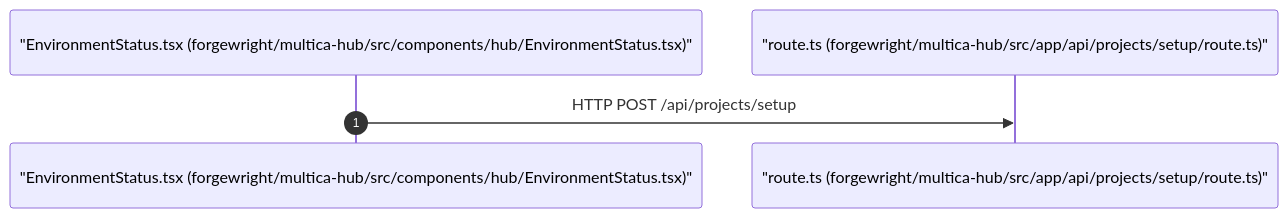
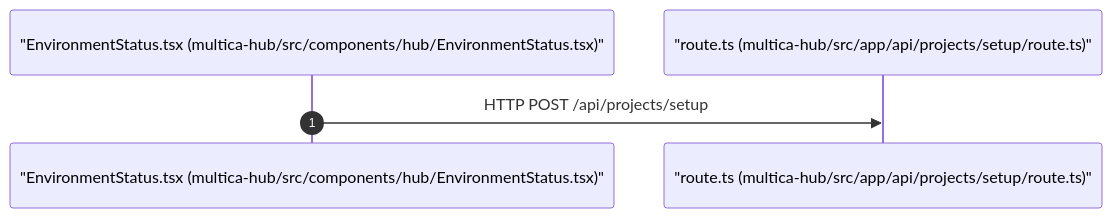
One commit to buiphucminhtam/forgewright changed the diagram in docs/architecture/flows/POST-_api_projects_setup.md. Above: the diagram before and after it, drawn with Mermaid. The commit also changed other lines of this file and 2 other files, not shown here.

Commit message:
fix(mcp): handle unresolved IDE template variables in workspace detection
Antigravity and other non-Cursor IDEs pass literal ${workspaceFolder}
without resolving it, causing ENOENT crash on process.chdir().

Added _isResolvedPath() guard that detects unresolved ${...} template
variables via regex. When detected, the server logs a warning and falls
back to cwd-based detection instead of crashing.

Fixes: ENOENT: no such file or directory, chdir '.../'

````diff
--- a/docs/architecture/flows/POST-_api_projects_setup.md
+++ b/docs/architecture/flows/POST-_api_projects_setup.md
@@ -6,8 +6,8 @@
 ```mermaid
 sequenceDiagram
     autonumber
-    participant forgewright_multica_hub_src_components_hub_EnvironmentStatus_tsx as "EnvironmentStatus.tsx (forgewright/multica-hub/src/components/hub/EnvironmentStatus.tsx)"
-    participant forgewright_multica_hub_src_app_api_projects_setup_route_ts as "route.ts (forgewright/multica-hub/src/app/api/projects/setup/route.ts)"
+    participant multica_hub_src_components_hub_EnvironmentStatus_tsx as "EnvironmentStatus.tsx (multica-hub/src/components/hub/EnvironmentStatus.tsx)"
+    participant multica_hub_src_app_api_projects_setup_route_ts as "route.ts (multica-hub/src/app/api/projects/setup/route.ts)"
 
-    forgewright_multica_hub_src_components_hub_EnvironmentStatus_tsx->>forgewright_multica_hub_src_app_api_projects_setup_route_ts: HTTP POST /api/projects/setup
+    multica_hub_src_components_hub_EnvironmentStatus_tsx->>multica_hub_src_app_api_projects_setup_route_ts: HTTP POST /api/projects/setup
 ```
````
